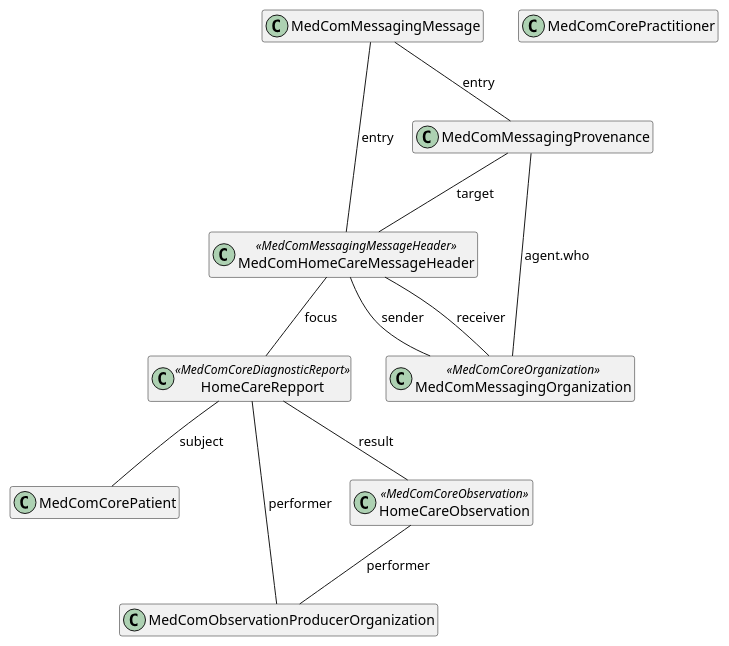
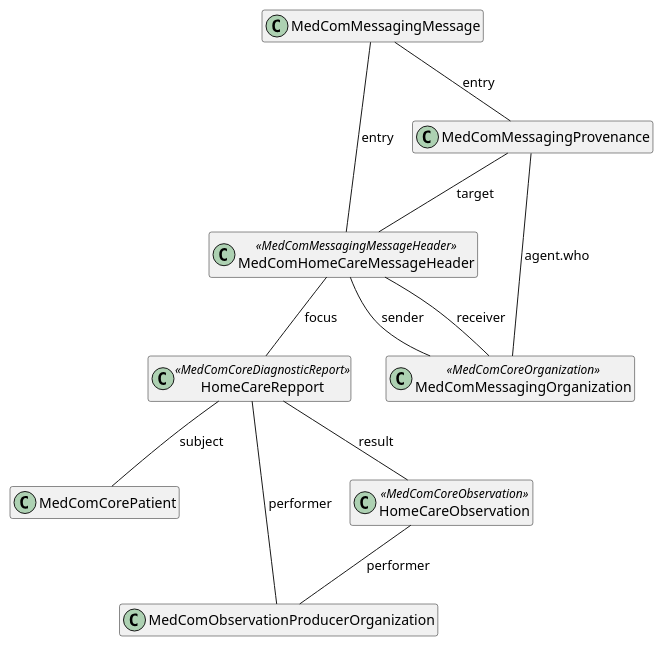
The diagram in puml/HomeCareObservartionMessage.puml (medcomdk/dk_MunicipalityObservationResults), drawn with PlantUML before and after one commit. The commit also changed 7 other files, not shown here.

Commit message:
HomeCareObservation_overviev image added

```diff
--- a/puml/HomeCareObservartionMessage.puml
+++ b/puml/HomeCareObservartionMessage.puml
@@ -1,31 +1,31 @@
-@startuml HomeCareObservation message
+@startuml HomeCareObservationMessage
 
 hide empty members
 
 top to bottom direction
 
 class "MedComMessagingMessage" as message
 class "MedComHomeCareMessageHeader" as messageheader <<MedComMessagingMessageHeader>>
 class "MedComMessagingProvenance" as provenance
 class "MedComMessagingOrganization" as messagingOrganization <<MedComCoreOrganization>>
 class "MedComCorePatient" as patient
 class "MedComObservationProducerOrganization" as organization
-class "MedComCorePractitioner" as author
+' class "MedComCorePractitioner" as author
 class "HomeCareRepport" as diagnosticReport <<MedComCoreDiagnosticReport>>
 class "HomeCareObservation" as coreobservation <<MedComCoreObservation>>
 
 message -- messageheader : "entry"
 messageheader -- diagnosticReport : "focus"
 message -- provenance : "entry"
 provenance -- messageheader : "target" 
 provenance -- messagingOrganization : "agent.who"
 diagnosticReport -- patient : "subject"
 diagnosticReport -- organization: "performer"
 diagnosticReport -- coreobservation : "result"
 coreobservation -- organization:"performer"
 
 
 messageheader -- messagingOrganization : "receiver"
 messageheader -- messagingOrganization : "sender"
 
 @enduml
```
